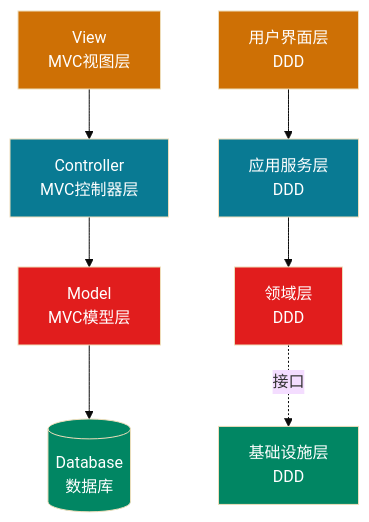
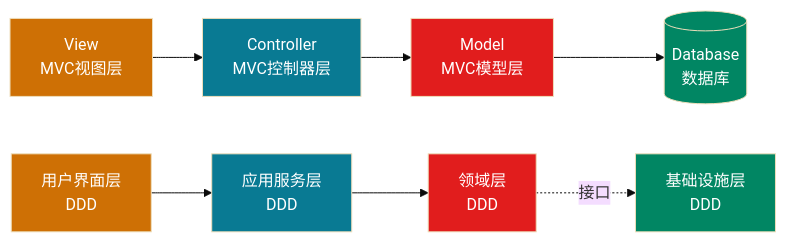
Before and after one commit to microwind/design-patterns: diagram 29 of 37 in domain-driven-design/一文搞懂AI时代DDD领域驱动设计.md, drawn with Mermaid. The commit also changed other lines of this file and 1 other file, not shown here.

Commit message:
update DI图

````diff
--- a/domain-driven-design/一文搞懂AI时代DDD领域驱动设计.md
+++ b/domain-driven-design/一文搞懂AI时代DDD领域驱动设计.md
@@ -3076,31 +3101,31 @@
 ```mermaid
 %%{init: {'theme': 'base', 'themeVariables': { 'sectionBkgColor': '#f1f1f1', 'altSectionBkgColor': '#f1f1f1', 'gridColor': '#e9ecef'}}}%%
-flowchart TB
+flowchart LR
     MVC_View[View<br/>MVC视图层]
     MVC_Controller[Controller<br/>MVC控制器层]
     MVC_Model[Model<br/>MVC模型层]
     MVC_DB[(Database<br/>数据库)]
     
     DDD_UI[用户界面层<br/>DDD]
     DDD_App[应用服务层<br/>DDD]
     DDD_Domain[领域层<br/>DDD]
     DDD_Infra[基础设施层<br/>DDD]
     
     MVC_View --> MVC_Controller
     MVC_Controller --> MVC_Model
     MVC_Model --> MVC_DB
     
     DDD_UI --> DDD_App
     DDD_App --> DDD_Domain
     DDD_Domain -.接口.-> DDD_Infra
     
     style MVC_View fill:#CE7005,color:#ffffff
     style MVC_Controller fill:#097A93,color:#ffffff
     style MVC_Model fill:#E11D1D,color:#ffffff
     style MVC_DB fill:#018663,color:#ffffff
     
     style DDD_UI fill:#CE7005,color:#ffffff
     style DDD_App fill:#097A93,color:#ffffff
     style DDD_Domain fill:#E11D1D,color:#ffffff
     style DDD_Infra fill:#018663,color:#ffffff
 ```
````
